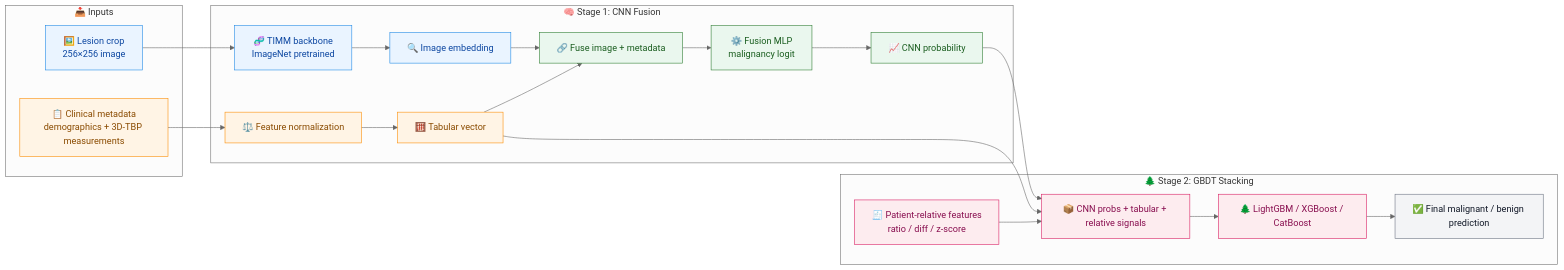
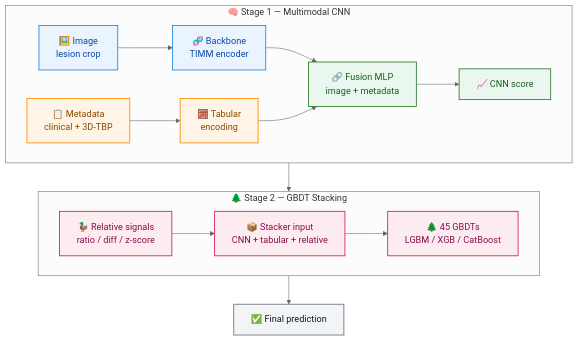
The first of 3 diagrams in README.md (RudraShivm/Skin-Cancer-Detection), drawn with Mermaid (neutral theme) before and after one commit. The commit also changed other lines of this file and 1 other file, not shown here.

````diff
--- a/README.md
+++ b/README.md
@@ -77,37 +77,27 @@
 ```mermaid
-flowchart LR
-    classDef image fill:#EAF4FF,stroke:#1E88E5,color:#0D47A1,stroke-width:1px;
-    classDef tab fill:#FFF4E5,stroke:#FB8C00,color:#8A4B00,stroke-width:1px;
-    classDef fusion fill:#EAF7EE,stroke:#2E7D32,color:#1B5E20,stroke-width:1px;
-    classDef stack fill:#FDECEF,stroke:#D81B60,color:#880E4F,stroke-width:1px;
-    classDef out fill:#F3F4F6,stroke:#6B7280,color:#111827,stroke-width:1px;
+flowchart TD
+    classDef image fill:#EAF4FF,stroke:#1E88E5,color:#0D47A1,stroke-width:1.5px;
+    classDef tab fill:#FFF4E5,stroke:#FB8C00,color:#8A4B00,stroke-width:1.5px;
+    classDef fusion fill:#EAF7EE,stroke:#2E7D32,color:#1B5E20,stroke-width:1.5px;
+    classDef stack fill:#FDECEF,stroke:#D81B60,color:#880E4F,stroke-width:1.5px;
+    classDef out fill:#F3F4F6,stroke:#6B7280,color:#111827,stroke-width:1.5px;
 
-    subgraph INPUT["📥 Inputs"]
-        IMG["🖼️ Lesion crop<br/>256×256 image"]:::image
-        META["📋 Clinical metadata<br/>demographics + 3D-TBP measurements"]:::tab
+    subgraph S1["🧠 Stage 1 — Multimodal CNN"]
+        direction LR
+        IMG["🖼️ Image<br/>lesion crop"]:::image --> BACKBONE["🧬 Backbone<br/>TIMM encoder"]:::image
+        META["📋 Metadata<br/>clinical + 3D-TBP"]:::tab --> TAB["🧮 Tabular<br/>encoding"]:::tab
+        BACKBONE --> FUSE["🔗 Fusion MLP<br/>image + metadata"]:::fusion
+        TAB --> FUSE
+        FUSE --> CNN["📈 CNN score"]:::fusion
     end
 
-    subgraph STAGE1["🧠 Stage 1: CNN Fusion"]
-        BACKBONE["🧬 TIMM backbone<br/>ImageNet pretrained"]:::image
-        IMGFEAT["🔍 Image embedding"]:::image
-        NORM["⚖️ Feature normalization"]:::tab
-        TABFEAT["🧮 Tabular vector"]:::tab
-        CONCAT["🔗 Fuse image + metadata"]:::fusion
-        MLP["⚙️ Fusion MLP<br/>malignancy logit"]:::fusion
-        CNNPROB["📈 CNN probability"]:::fusion
+    CNN --> STACKIN
+
+    subgraph S2["🌲 Stage 2 — GBDT Stacking"]
+        direction LR
+        REL["🦆 Relative signals<br/>ratio / diff / z-score"]:::stack --> STACKIN["📦 Stacker input<br/>CNN + tabular + relative"]:::stack
+        STACKIN --> GBDT["🌲 45 GBDTs<br/>LGBM / XGB / CatBoost"]:::stack
     end
 
-    subgraph STAGE2["🌲 Stage 2: GBDT Stacking"]
-        REL["🧾 Patient-relative features<br/>ratio / diff / z-score"]:::stack
-        STACKIN["📦 CNN probs + tabular + relative signals"]:::stack
-        GBDT["🌲 LightGBM / XGBoost / CatBoost"]:::stack
-        FINAL["✅ Final malignant / benign prediction"]:::out
-    end
-
-    IMG --> BACKBONE --> IMGFEAT --> CONCAT
-    META --> NORM --> TABFEAT --> CONCAT
-    CONCAT --> MLP --> CNNPROB --> STACKIN
-    TABFEAT --> STACKIN
-    REL --> STACKIN
-    STACKIN --> GBDT --> FINAL
+    GBDT --> FINAL["✅ Final prediction"]:::out
 ```
````
